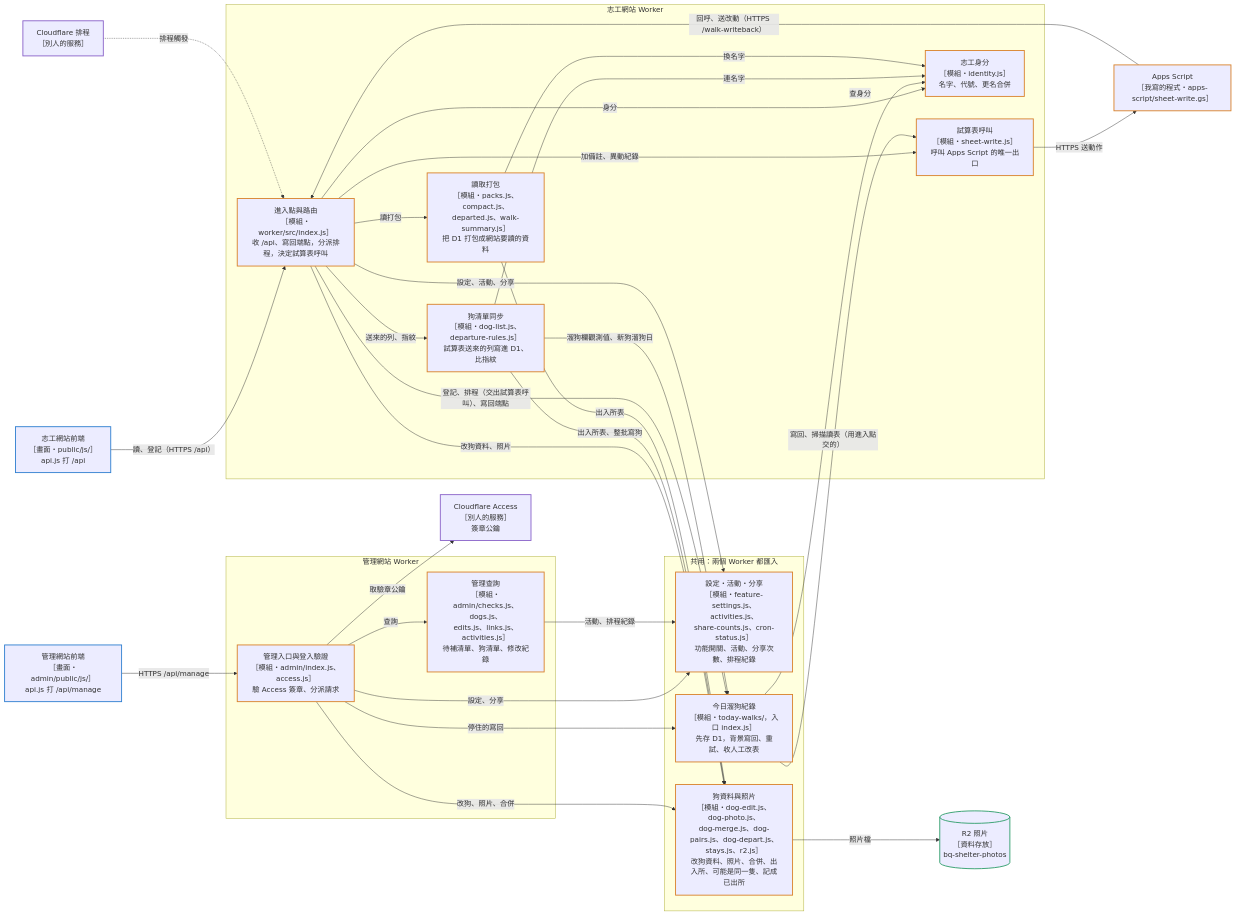
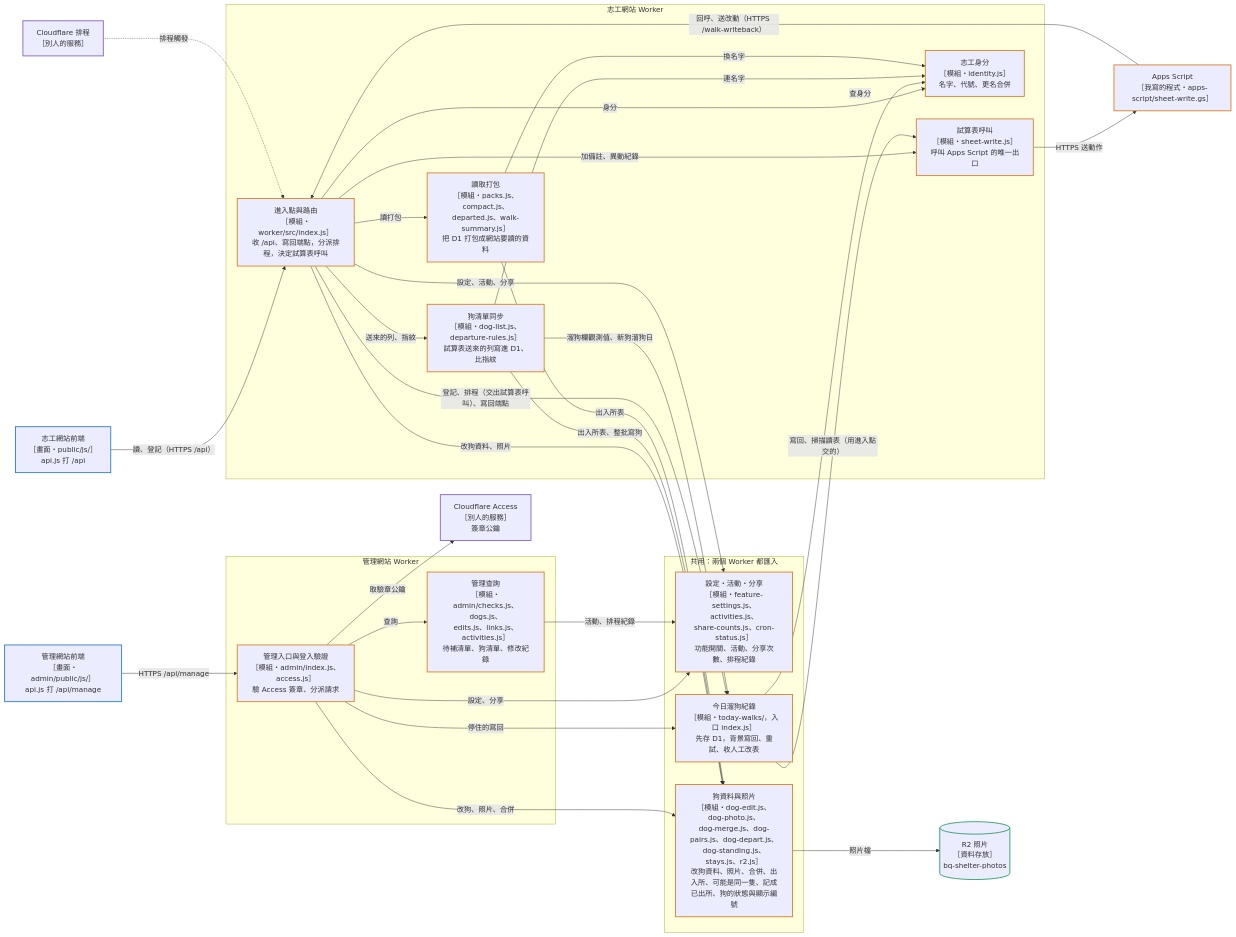
One commit to jiatsenK/bq-shelter-dogs changed the fifth of 7 diagrams in docs/ARCHITECTURE.md. Above: the diagram before and after it, drawn with Mermaid. The commit also changed other lines of this file and 18 other files, not shown here.

````diff
--- a/docs/ARCHITECTURE.md
+++ b/docs/ARCHITECTURE.md
@@ -277,62 +277,62 @@
 ```mermaid
 flowchart LR
   vfront["志工網站前端<br/>［畫面・public/js/］<br/>api.js 打 /api"]
   cron["Cloudflare 排程<br/>［別人的服務］"]
   gas["Apps Script<br/>［我寫的程式・apps-script/sheet-write.gs］"]
   afront["管理網站前端<br/>［畫面・admin/public/js/］<br/>api.js 打 /api/manage"]
   access["Cloudflare Access<br/>［別人的服務］<br/>簽章公鑰"]
   r2[("R2 照片<br/>［資料存放］<br/>bq-shelter-photos")]
   subgraph SHARED["共用：兩個 Worker 都匯入"]
     settings["設定・活動・分享<br/>［模組・feature-settings.js、activities.js、<br/>share-counts.js、cron-status.js］<br/>功能開關、活動、分享次數、排程紀錄"]
-    dogdata["狗資料與照片<br/>［模組・dog-edit.js、dog-photo.js、<br/>dog-merge.js、dog-pairs.js、dog-depart.js、<br/>stays.js、r2.js］<br/>改狗資料、照片、合併、出入所、可能是同一隻、記成已出所"]
+    dogdata["狗資料與照片<br/>［模組・dog-edit.js、dog-photo.js、<br/>dog-merge.js、dog-pairs.js、dog-depart.js、<br/>dog-standing.js、stays.js、r2.js］<br/>改狗資料、照片、合併、出入所、可能是同一隻、記成已出所、狗的狀態與顯示編號"]
     walk["今日溜狗紀錄<br/>［模組・today-walks/，入口 index.js］<br/>先存 D1，背景寫回、重試、收人工改表"]
   end
   subgraph VW["志工網站 Worker"]
     entry["進入點與路由<br/>［模組・worker/src/index.js］<br/>收 /api、寫回端點，分派排程，決定試算表呼叫"]
     doglist["狗清單同步<br/>［模組・dog-list.js、departure-rules.js］<br/>試算表送來的列寫進 D1、比指紋"]
     packs["讀取打包<br/>［模組・packs.js、compact.js、<br/>departed.js、walk-summary.js］<br/>把 D1 打包成網站要讀的資料"]
     sheetcall["試算表呼叫<br/>［模組・sheet-write.js］<br/>呼叫 Apps Script 的唯一出口"]
     identity["志工身分<br/>［模組・identity.js］<br/>名字、代號、更名合併"]
   end
   subgraph AW["管理網站 Worker"]
     aentry["管理入口與登入驗證<br/>［模組・admin/index.js、access.js］<br/>驗 Access 簽章、分派請求"]
     aquery["管理查詢<br/>［模組・admin/checks.js、dogs.js、<br/>edits.js、links.js、activities.js］<br/>待補清單、狗清單、修改紀錄"]
   end
 
   vfront -->|讀、登記（HTTPS /api）| entry
   cron -.->|排程觸發| entry
   gas -->|回呼、送改動（HTTPS /walk-writeback）| entry
   afront -->|HTTPS /api/manage| aentry
   entry -->|登記、排程（交出試算表呼叫）、寫回端點| walk
   entry -->|送來的列、指紋| doglist
   entry -->|讀打包| packs
   entry -->|加備註、異動紀錄| sheetcall
   entry -->|身分| identity
   entry -->|設定、活動、分享| settings
   entry -->|改狗資料、照片| dogdata
   doglist -->|溜狗欄觀測值、新狗溜狗日| walk
   walk -->|寫回、掃描讀表（用進入點交的）| sheetcall
   walk -->|查身分| identity
   doglist -->|連名字| identity
   doglist -->|出入所表、整批寫狗| dogdata
   packs -->|換名字| identity
   packs -->|出入所表| dogdata
   sheetcall -->|HTTPS 送動作| gas
   dogdata -->|照片檔| r2
   aentry -->|查詢| aquery
   aentry -->|取驗章公鑰| access
   aentry -->|設定、分享| settings
   aentry -->|改狗、照片、合併| dogdata
   aentry -->|停住的寫回| walk
   aquery -->|活動、排程紀錄| settings
 
   class vfront,afront ui
   class entry,walk,doglist,packs,sheetcall,identity,aentry,aquery,settings,dogdata,gas code
   class r2 data
   class cron,access ext
   classDef person stroke:#5b6b78,stroke-width:2px
   classDef ui stroke:#2f7fd0,stroke-width:2px
   classDef code stroke:#d9822b,stroke-width:2px
   classDef data stroke:#2e9d6a,stroke-width:2px
   classDef ext stroke:#8a63c9,stroke-width:2px
 ```
````
